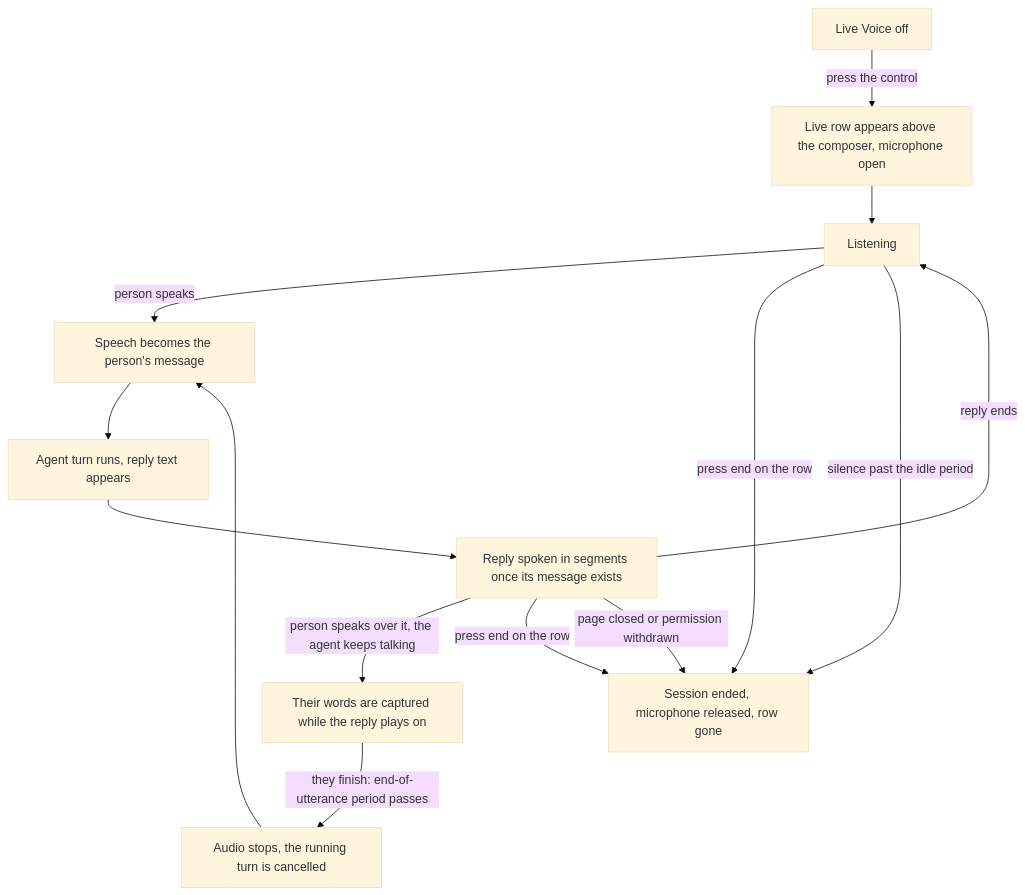
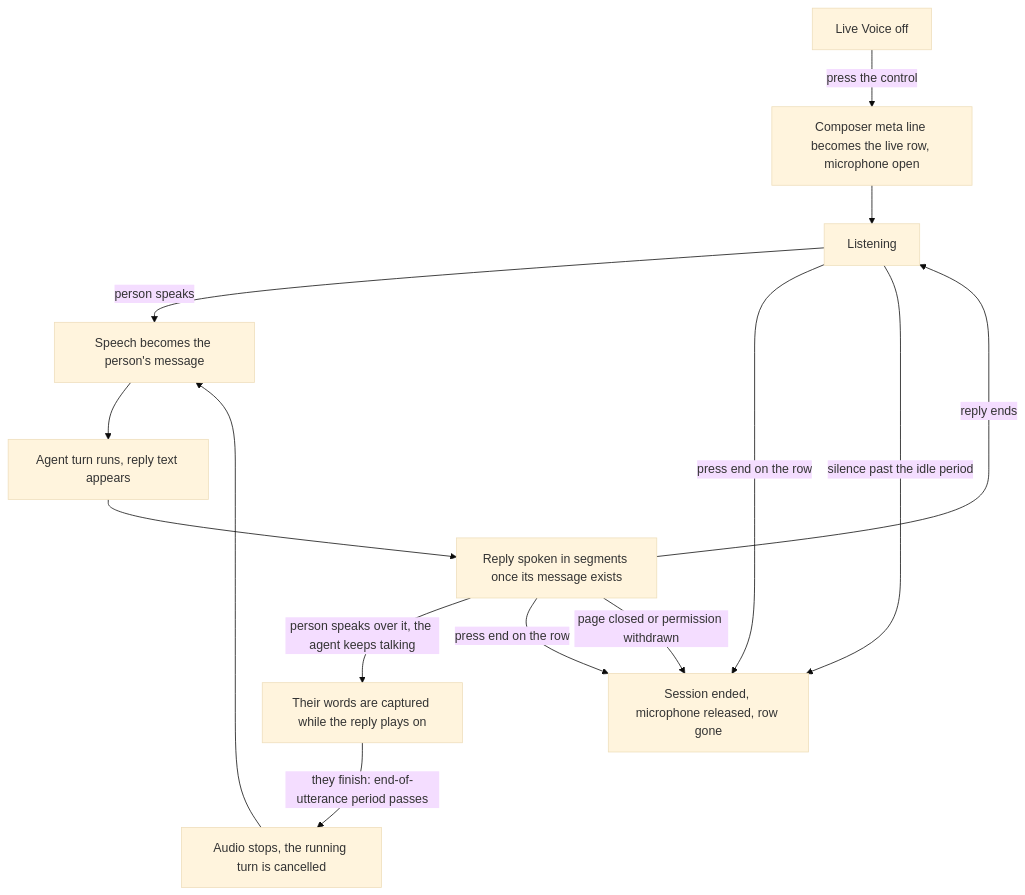
Before and after one commit to vizier-lab/vizier: the diagram in specs/055-live-voice/spec.md, drawn with Mermaid (base theme). The commit also changed other lines of this file and 4 other files, not shown here.

````diff
--- a/specs/055-live-voice/spec.md
+++ b/specs/055-live-voice/spec.md
@@ -347,16 +381,16 @@
 ```mermaid
 flowchart TD
-    off["Live Voice off"] -->|"press the control"| row["Live row appears above the composer, microphone open"]
+    off["Live Voice off"] -->|"press the control"| row["Composer meta line becomes the live row, microphone open"]
     row --> listen["Listening"]
     listen -->|"person speaks"| transc["Speech becomes the person's message"]
     transc --> turn["Agent turn runs, reply text appears"]
     turn --> speak["Reply spoken in segments once its message exists"]
     speak -->|"reply ends"| listen
     speak -->|"person speaks over it, the agent keeps talking"| talkover["Their words are captured while the reply plays on"]
     talkover -->|"they finish: end-of-utterance period passes"| barge["Audio stops, the running turn is cancelled"]
     barge --> transc
     listen -->|"press end on the row"| ended["Session ended, microphone released, row gone"]
     speak -->|"press end on the row"| ended
     listen -->|"silence past the idle period"| ended
     speak -->|"page closed or permission withdrawn"| ended
 ```
````
